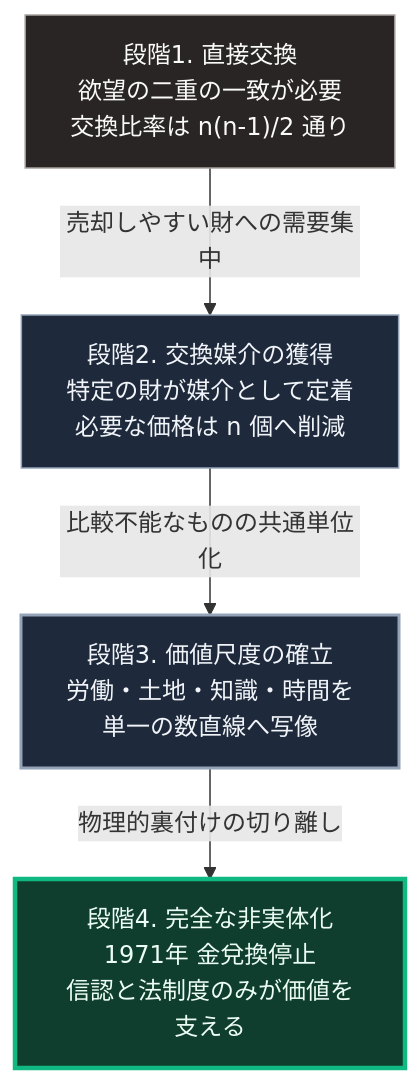
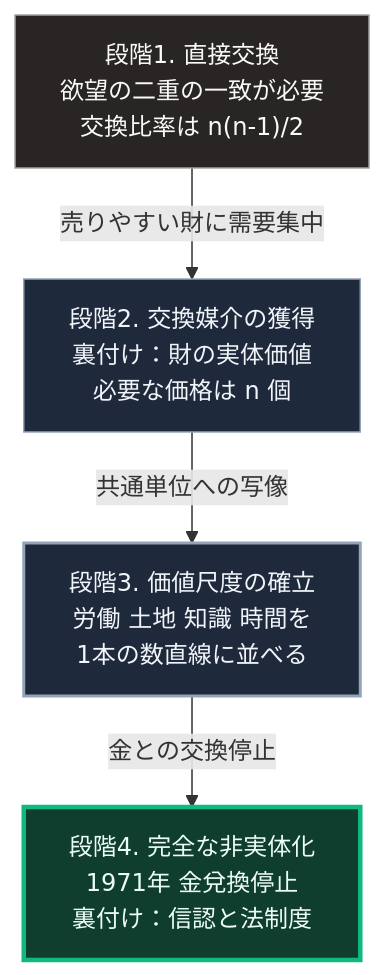
The diagram in books/sovereign-resilience-blueprint/capitalism-history.md (Takenori-Kusaka/zenn-content), drawn with Mermaid before and after one commit. The commit also changed other lines of this file and 114 other files, not shown here.

````diff
--- a/books/sovereign-resilience-blueprint/capitalism-history.md
+++ b/books/sovereign-resilience-blueprint/capitalism-history.md
@@ -81,12 +81,12 @@
 ```mermaid
 flowchart TD
-    A["段階1. 直接交換<br>欲望の二重の一致が必要<br>交換比率は n(n-1)/2 通り"]
-    A -->|売却しやすい財への需要集中| B[段階2. 交換媒介の獲得<br>特定の財が媒介として定着<br>必要な価格は n 個へ削減]
-    B -->|比較不能なものの共通単位化| C[段階3. 価値尺度の確立<br>労働・土地・知識・時間を<br>単一の数直線へ写像]
-    C -->|物理的裏付けの切り離し| D[段階4. 完全な非実体化<br>1971年 金兌換停止<br>信認と法制度のみが価値を支える]
+    A["段階1. 直接交換<br>欲望の二重の一致が必要<br>交換比率は n(n-1)/2"]
+    A -->|売りやすい財に需要集中| B[段階2. 交換媒介の獲得<br>裏付け：財の実体価値<br>必要な価格は n 個]
+    B -->|共通単位への写像| C[段階3. 価値尺度の確立<br>労働 土地 知識 時間を<br>1本の数直線に並べる]
+    C -->|金との交換停止| D[段階4. 完全な非実体化<br>1971年 金兌換停止<br>裏付け：信認と法制度]
 
     style A fill:#292524,stroke:#a8a29e,color:#fafaf9
     style B fill:#1e293b,stroke:#94a3b8,color:#f1f5f9
     style C fill:#1e293b,stroke:#94a3b8,stroke-width:2px,color:#f1f5f9
     style D fill:#0f3d2e,stroke:#10b981,stroke-width:3px,color:#ecfdf5
 ```
````
